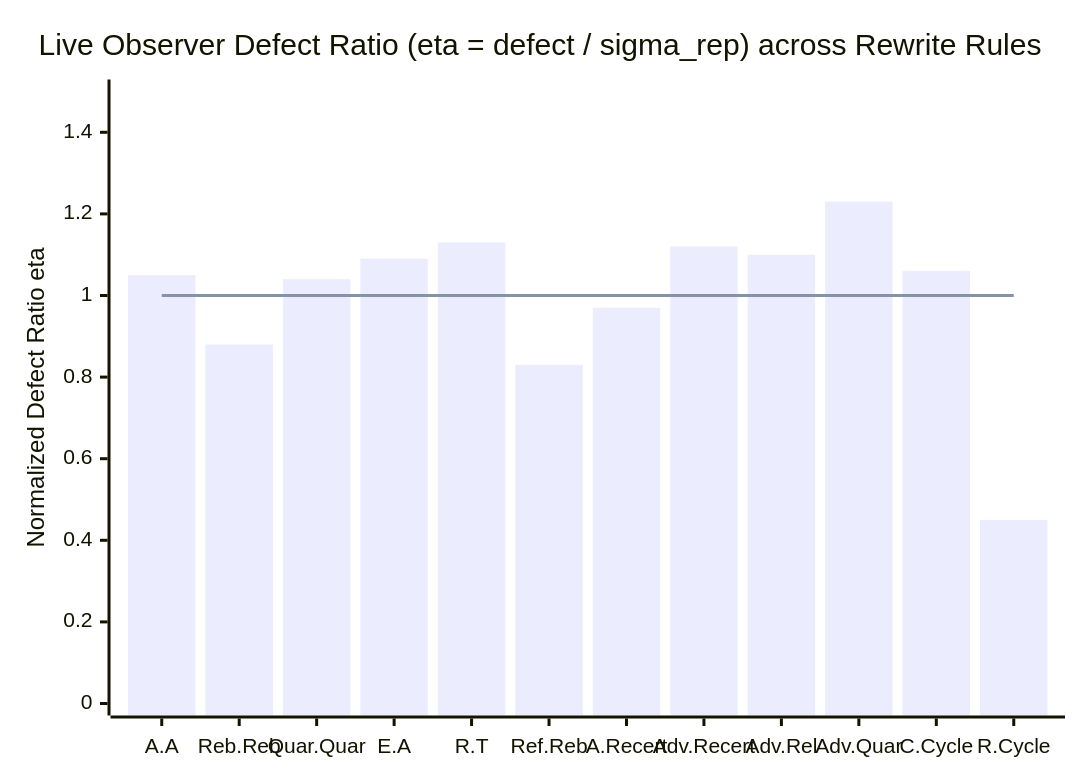
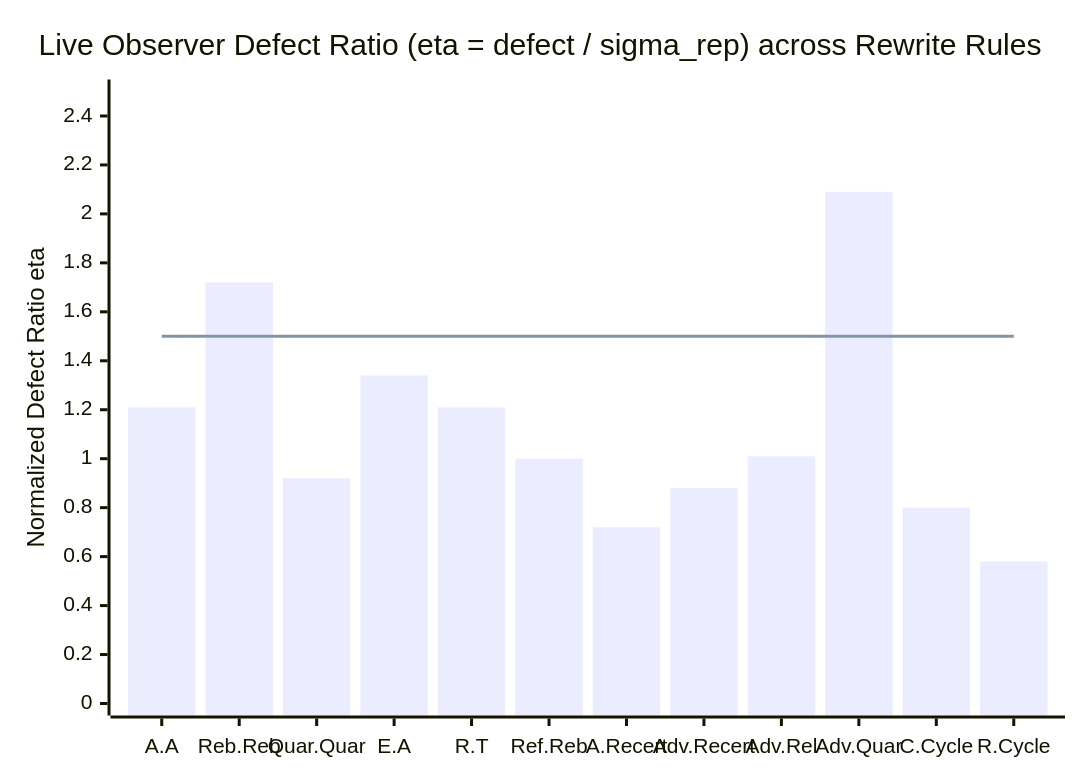
The second of 2 diagrams in docs/JEV_REWRITING_GRAMMAR_EXPERIMENT.md (NB11B/UoW-v3), drawn with Mermaid before and after one commit. The commit also changed other lines of this file and 3 other files, not shown here.

````diff
--- a/docs/JEV_REWRITING_GRAMMAR_EXPERIMENT.md
+++ b/docs/JEV_REWRITING_GRAMMAR_EXPERIMENT.md
@@ -231,8 +238,8 @@
 ```mermaid
 xychart-beta
     title "Live Observer Defect Ratio (eta = defect / sigma_rep) across Rewrite Rules"
     x-axis ["A.A", "Reb.Reb", "Quar.Quar", "E.A", "R.T", "Ref.Reb", "A.Recert", "Adv.Recert", "Adv.Rel", "Adv.Quar", "C.Cycle", "R.Cycle"]
-    y-axis "Normalized Defect Ratio eta" 0.0 --> 1.5
-    bar [1.05, 0.88, 1.04, 1.09, 1.13, 0.83, 0.97, 1.12, 1.10, 1.23, 1.06, 0.45]
-    line [1.00, 1.00, 1.00, 1.00, 1.00, 1.00, 1.00, 1.00, 1.00, 1.00, 1.00, 1.00]
+    y-axis "Normalized Defect Ratio eta" 0.0 --> 2.5
+    bar [1.21, 1.72, 0.92, 1.34, 1.21, 1.00, 0.72, 0.88, 1.01, 2.09, 0.80, 0.58]
+    line [1.50, 1.50, 1.50, 1.50, 1.50, 1.50, 1.50, 1.50, 1.50, 1.50, 1.50, 1.50]
 ```
````
